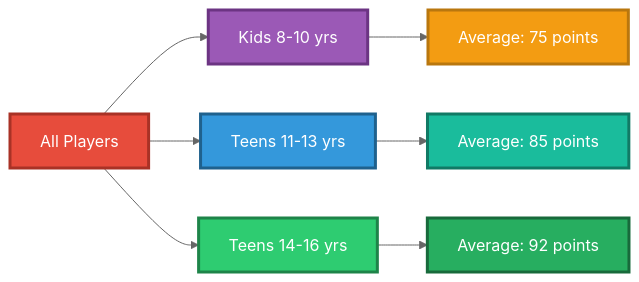
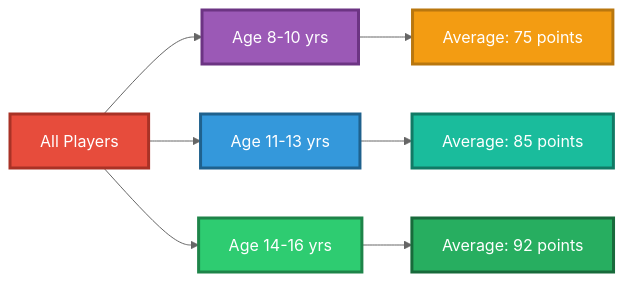
One commit to rilov/handbook changed the seventh of 16 diagrams in _topics/Chapter 1 - Introduction to Exploratory Data Analysis.md. Above: the diagram before and after it, drawn with Mermaid (neutral theme). The commit also changed other lines of this file, not shown here.

Commit message:
Remove 'kids' references - make language more universal for all learners

```diff
--- a/_topics/Chapter 1 - Introduction to Exploratory Data Analysis.md
+++ b/_topics/Chapter 1 - Introduction to Exploratory Data Analysis.md
@@ -483,18 +483,18 @@
 <div class="mermaid">
 graph LR
-    A[All Players] --> B[Kids 8-10 yrs]
-    A --> C[Teens 11-13 yrs]
-    A --> D[Teens 14-16 yrs]
+    A[All Players] --> B[Age 8-10 yrs]
+    A --> C[Age 11-13 yrs]
+    A --> D[Age 14-16 yrs]
     
     B --> E[Average: 75 points]
     C --> F[Average: 85 points]
     D --> G[Average: 92 points]
     
     style A fill:#E74C3C,stroke:#A93226,stroke-width:3px,color:#fff
     style B fill:#9B59B6,stroke:#6C3483,stroke-width:3px,color:#fff
     style C fill:#3498DB,stroke:#1F618D,stroke-width:3px,color:#fff
     style D fill:#2ECC71,stroke:#1E8449,stroke-width:3px,color:#fff
     style E fill:#F39C12,stroke:#B9770E,stroke-width:3px,color:#fff
     style F fill:#1ABC9C,stroke:#117A65,stroke-width:3px,color:#fff
     style G fill:#27AE60,stroke:#186A3B,stroke-width:3px,color:#fff
 </div>
```
